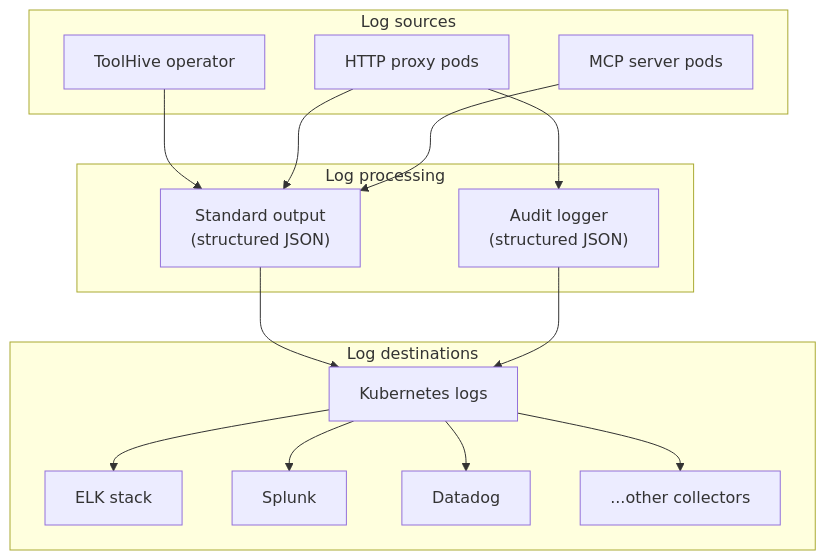
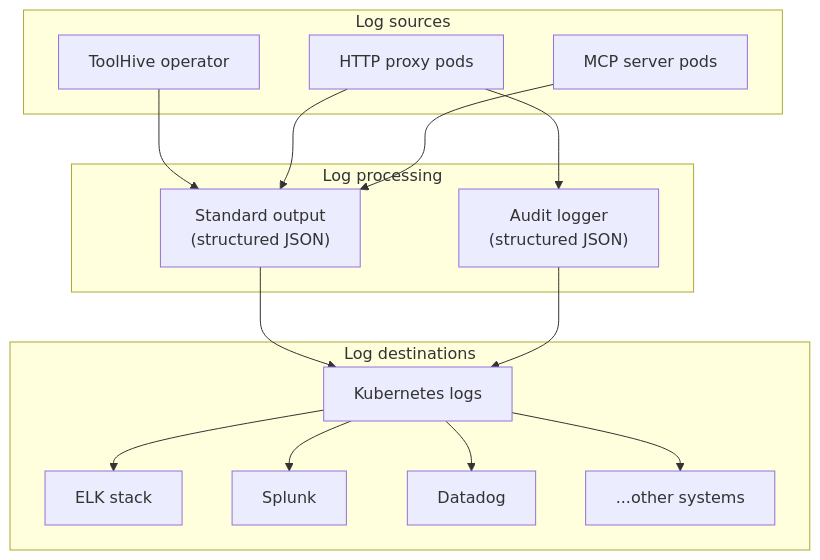
One commit to stacklok/docs-website changed the diagram in docs/toolhive/guides-k8s/logging.mdx. Above: the diagram before and after it, drawn with Mermaid. The commit also changed other lines of this file and 1 other file, not shown here.

````diff
--- a/docs/toolhive/guides-k8s/logging.mdx
+++ b/docs/toolhive/guides-k8s/logging.mdx
@@ -21,30 +23,30 @@
 ```mermaid
 flowchart TB
   subgraph Sources["Log sources"]
     Op["ToolHive operator"]
     Proxy["HTTP proxy pods"]
     MCP["MCP server pods"]
   end
 
   subgraph Processing["Log processing"]
     Stdout["Standard output<br>(structured JSON)"]
     Audit["Audit logger<br>(structured JSON)"]
   end
 
   subgraph Destinations["Log destinations"]
     K8s["Kubernetes logs"]
     ELK["ELK stack"]
     Splunk["Splunk"]
     Datadog["Datadog"]
-    Etc["...other collectors"]
+    Etc["...other systems"]
   end
 
   Op --> Stdout
   Proxy --> Stdout & Audit
   MCP --> Stdout
 
   Stdout --> K8s
   Audit --> K8s
 
   K8s --> ELK & Splunk & Datadog & Etc
 ```
````
